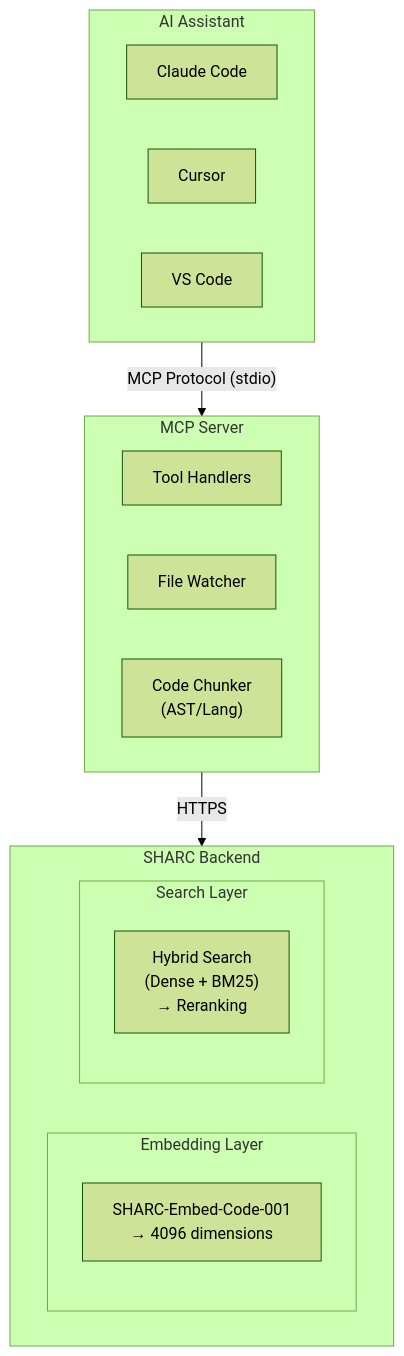
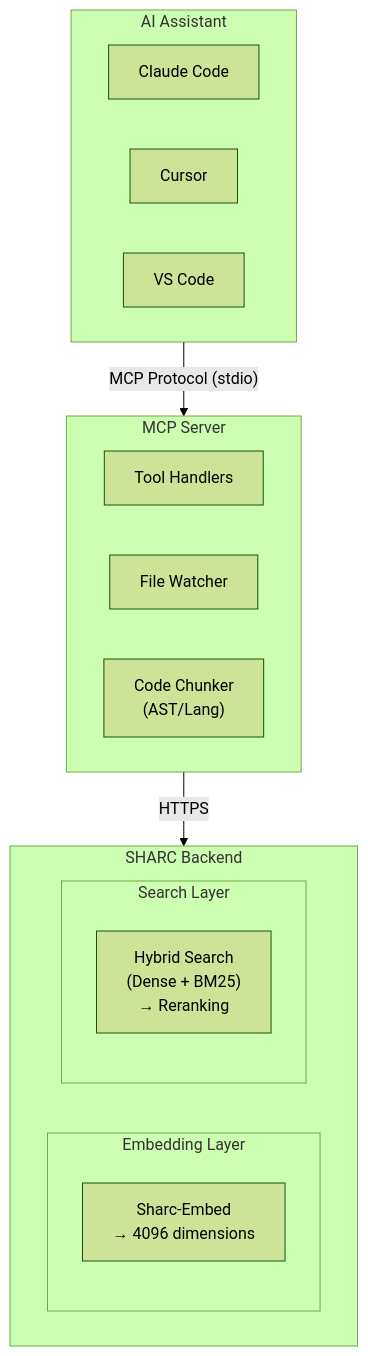
Before and after one commit to yxanul/sharc-docs: the first of 3 diagrams in architecture/index.mdx, drawn with Mermaid (forest theme). The commit also changed other lines of this file and 7 other files, not shown here.

````diff
--- a/architecture/index.mdx
+++ b/architecture/index.mdx
@@ -10,26 +10,26 @@
 ```mermaid
 flowchart TB
     subgraph AI["AI Assistant"]
         A1["Claude Code"]
         A2["Cursor"]
         A3["VS Code"]
     end
     
     subgraph MCP["MCP Server"]
         M1["Tool Handlers"]
         M2["File Watcher"]
         M3["Code Chunker<br>(AST/Lang)"]
     end
     
     subgraph Backend["SHARC Backend"]
         subgraph Embed["Embedding Layer"]
-            E1["SHARC-Embed-Code-001<br>→ 4096 dimensions"]
+            E1["Sharc-Embed<br>→ 4096 dimensions"]
         end
         subgraph Search["Search Layer"]
             S1["Hybrid Search<br>(Dense + BM25)<br>→ Reranking"]
         end
     end
     
     AI -->|"MCP Protocol (stdio)"| MCP
     MCP -->|"HTTPS"| Backend
 ```
````
